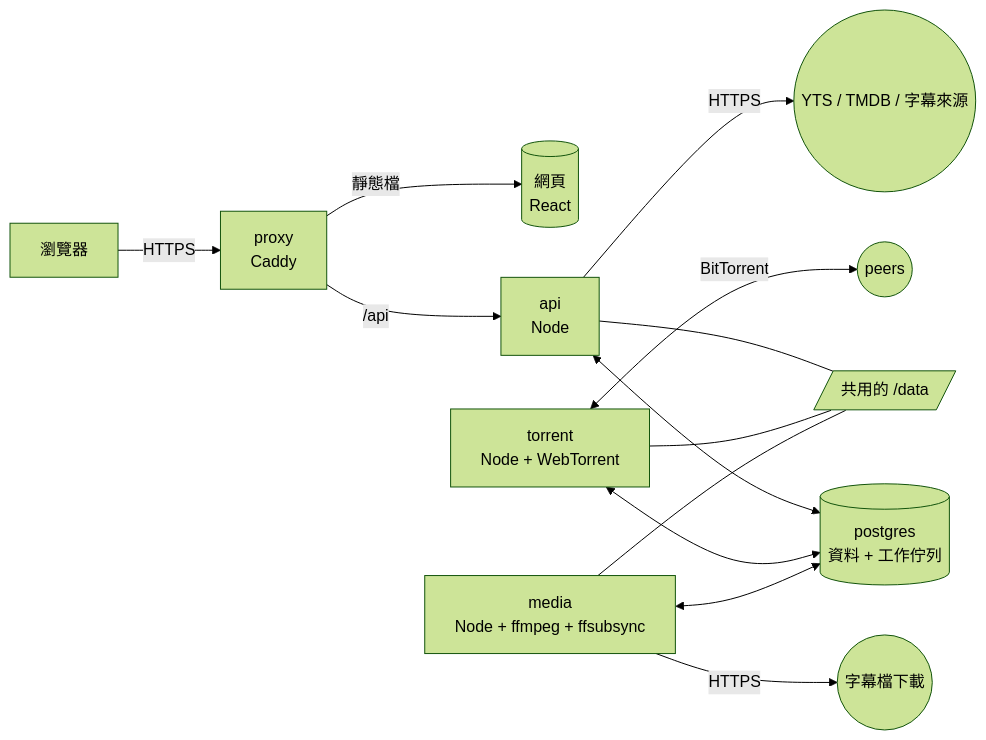
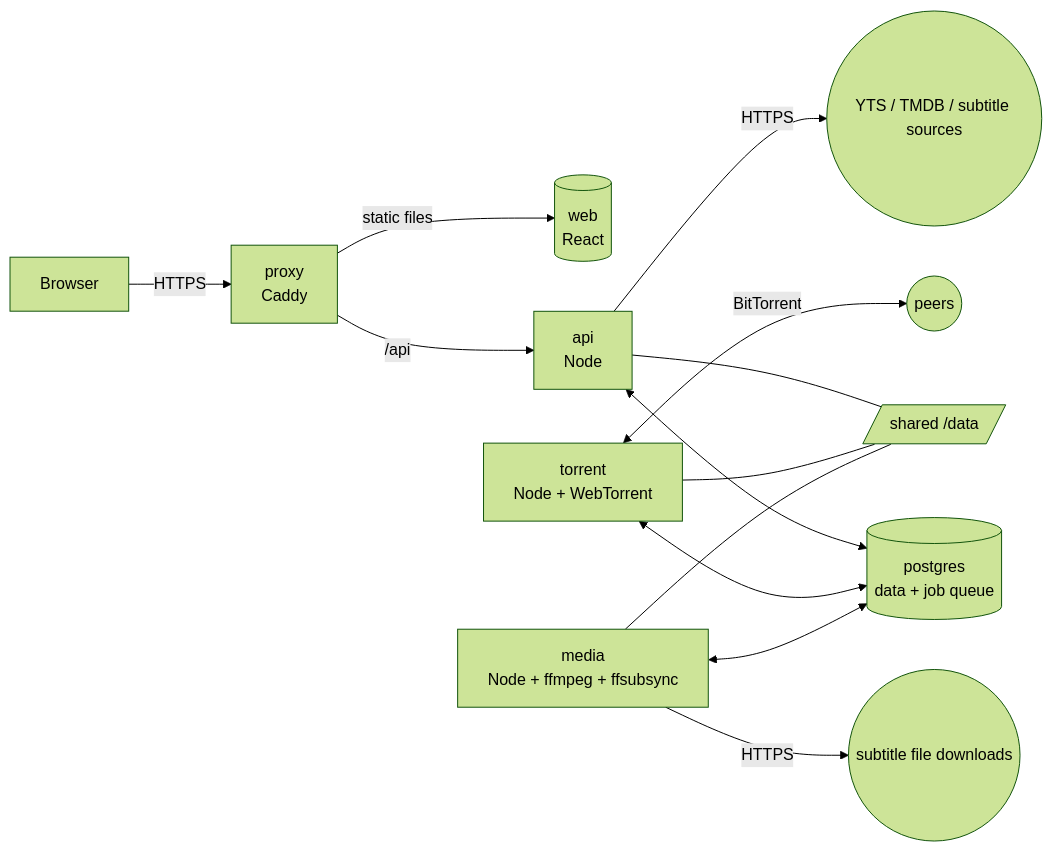
One commit to brianshen0522/paiban changed the diagram in docs/02-architecture.md. Above: the diagram before and after it, drawn with Mermaid (forest theme). The commit also changed other lines of this file and 174 other files, not shown here.

````diff
--- a/docs/02-architecture.md
+++ b/docs/02-architecture.md
@@ -5,15 +5,15 @@
 ```mermaid
 flowchart LR
-  B[瀏覽器] -->|HTTPS| P[proxy<br/>Caddy]
-  P -->|靜態檔| W[(網頁<br/>React)]
+  B[Browser] -->|HTTPS| P[proxy<br/>Caddy]
+  P -->|static files| W[(web<br/>React)]
   P -->|/api| A[api<br/>Node]
-  A <--> D[(postgres<br/>資料 + 工作佇列)]
+  A <--> D[(postgres<br/>data + job queue)]
   T[torrent<br/>Node + WebTorrent] <--> D
   M[media<br/>Node + ffmpeg + ffsubsync] <--> D
-  A --- V[/共用的 /data/]
+  A --- V[/shared /data/]
   T --- V
   M --- V
   T <-->|BitTorrent| X((peers))
-  A -->|HTTPS| Y((YTS / TMDB / 字幕來源))
-  M -->|HTTPS| Z((字幕檔下載))
+  A -->|HTTPS| Y((YTS / TMDB / subtitle sources))
+  M -->|HTTPS| Z((subtitle file downloads))
 ```
````
